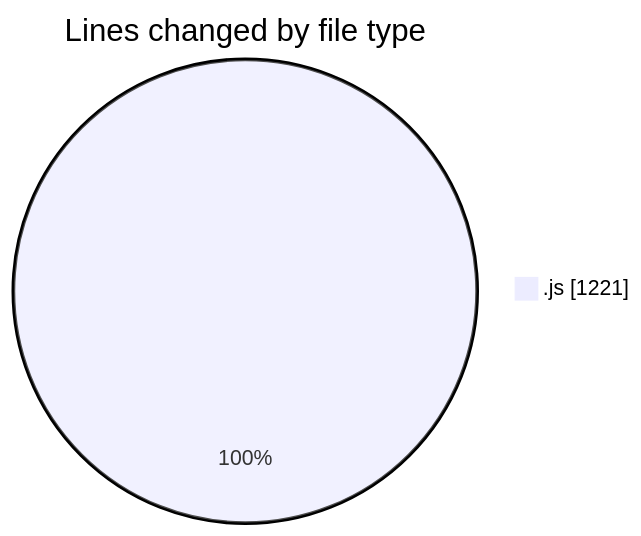
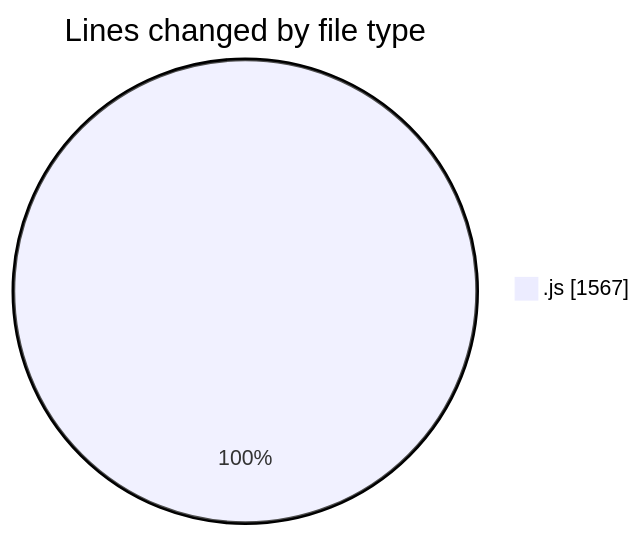
Before and after one commit to Ritupan-Deka/code-tracking: the first of 2 diagrams in 2025-07-29/javascript/README.md, drawn with Mermaid. The commit also changed other lines of this file and 1 other file, not shown here.

````diff
--- a/2025-07-29/javascript/README.md
+++ b/2025-07-29/javascript/README.md
@@ -21,5 +21,5 @@
 ```mermaid
 pie showData
 title Lines changed by file type
-".js" : 1221
+".js" : 1567
 ```
````
